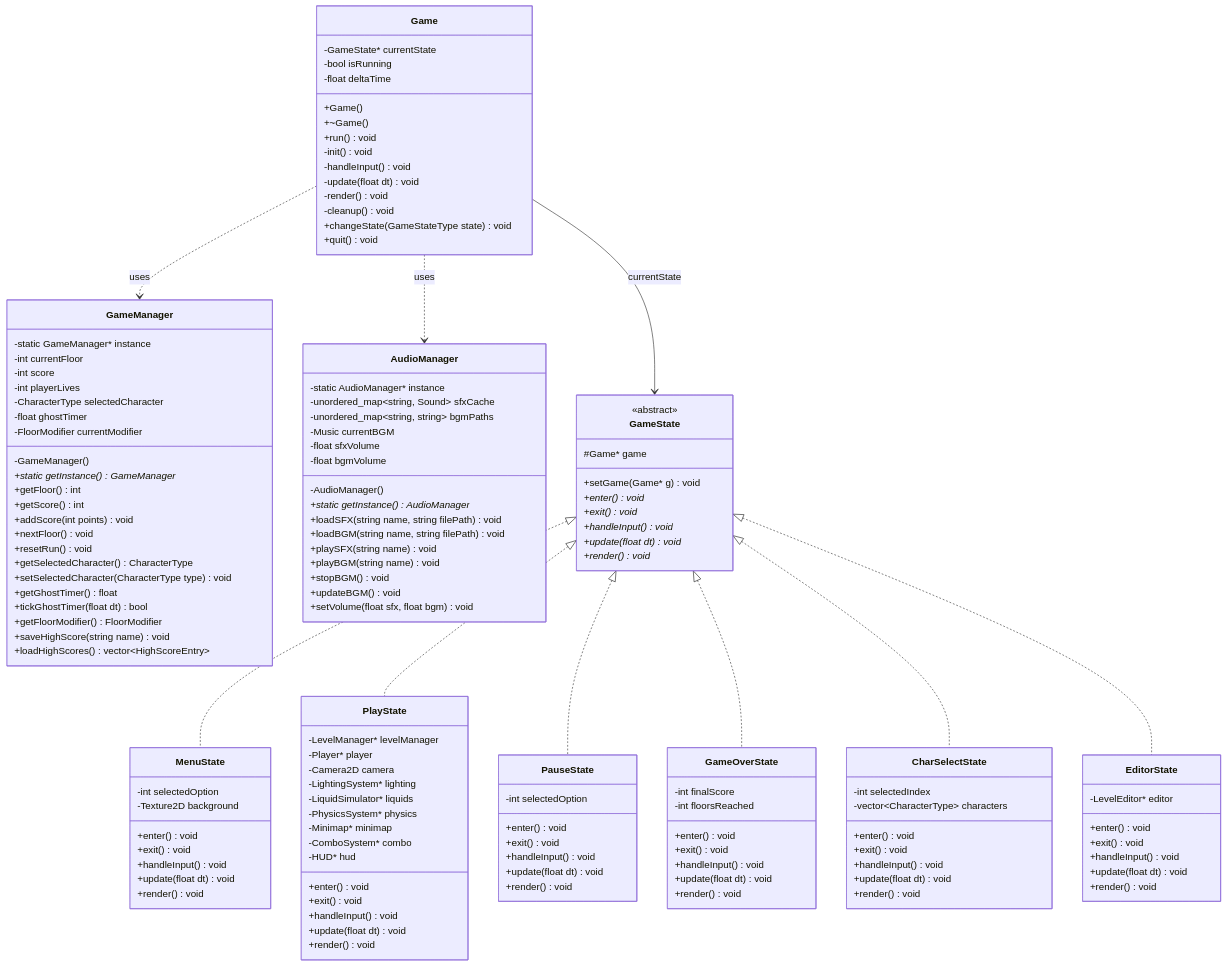
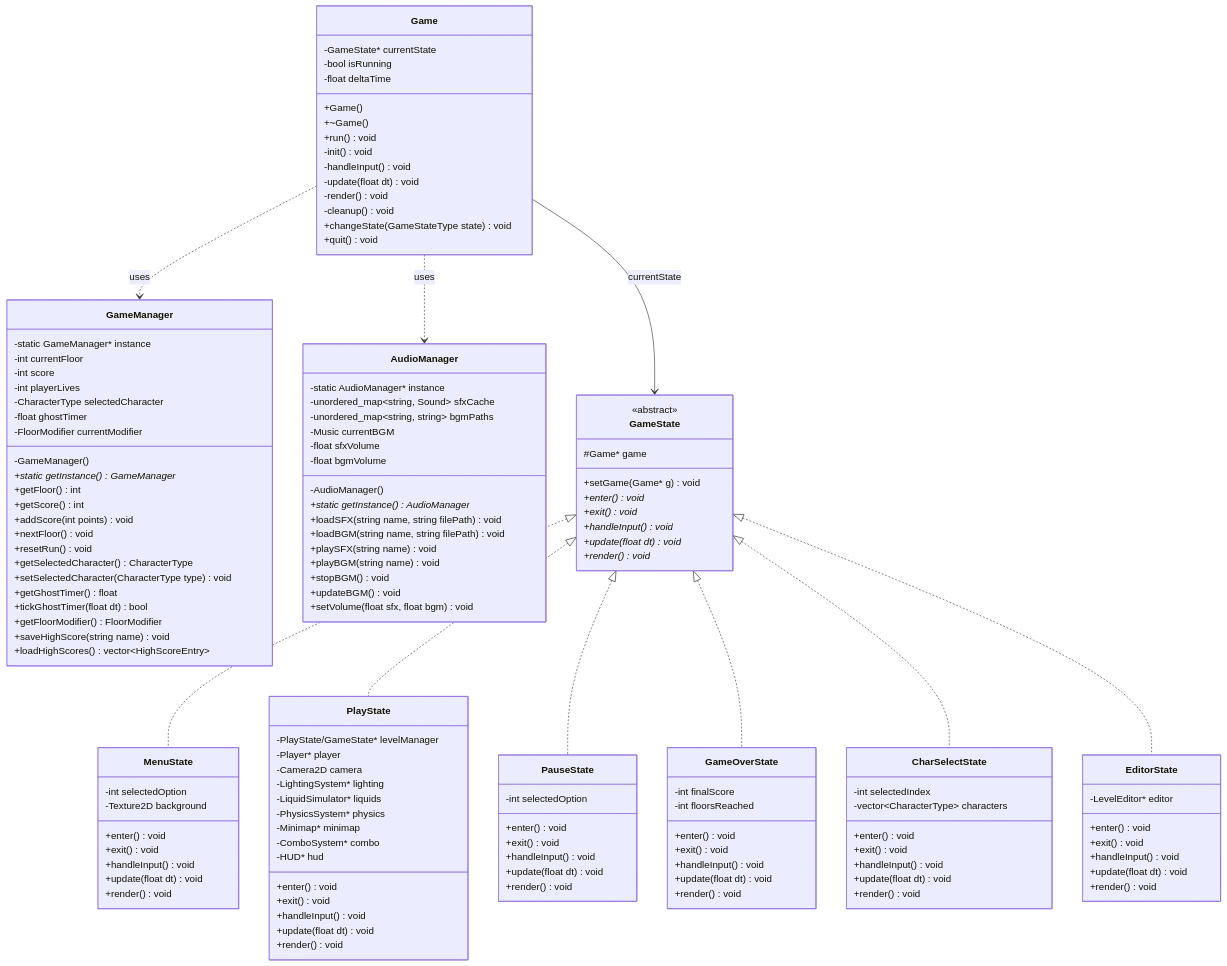
Before and after one commit to Gasmask-Chan/CS202-Cavern-Descent: the first of 8 diagrams in project_plan.md, drawn with Mermaid. The commit also changed other lines of this file and 9 other files, not shown here.

```diff
--- a/project_plan.md
+++ b/project_plan.md
@@ -388,7 +388,7 @@
     }
 
     class PlayState {
-        -LevelManager* levelManager
+        -PlayState/GameState* levelManager
         -Player* player
         -Camera2D camera
         -LightingSystem* lighting
```
